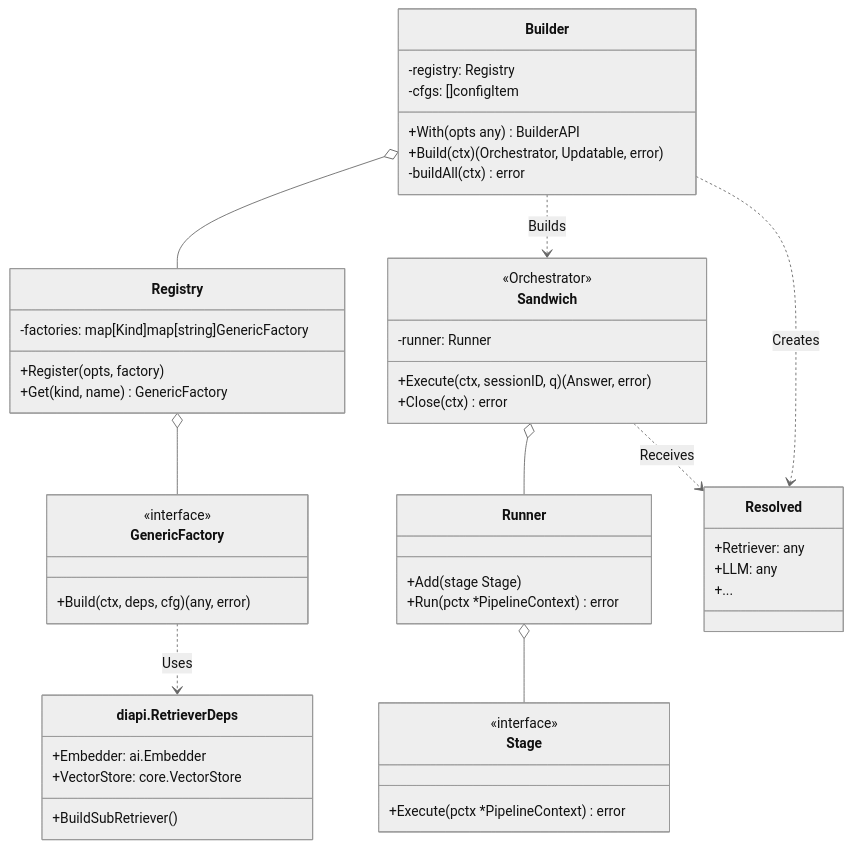
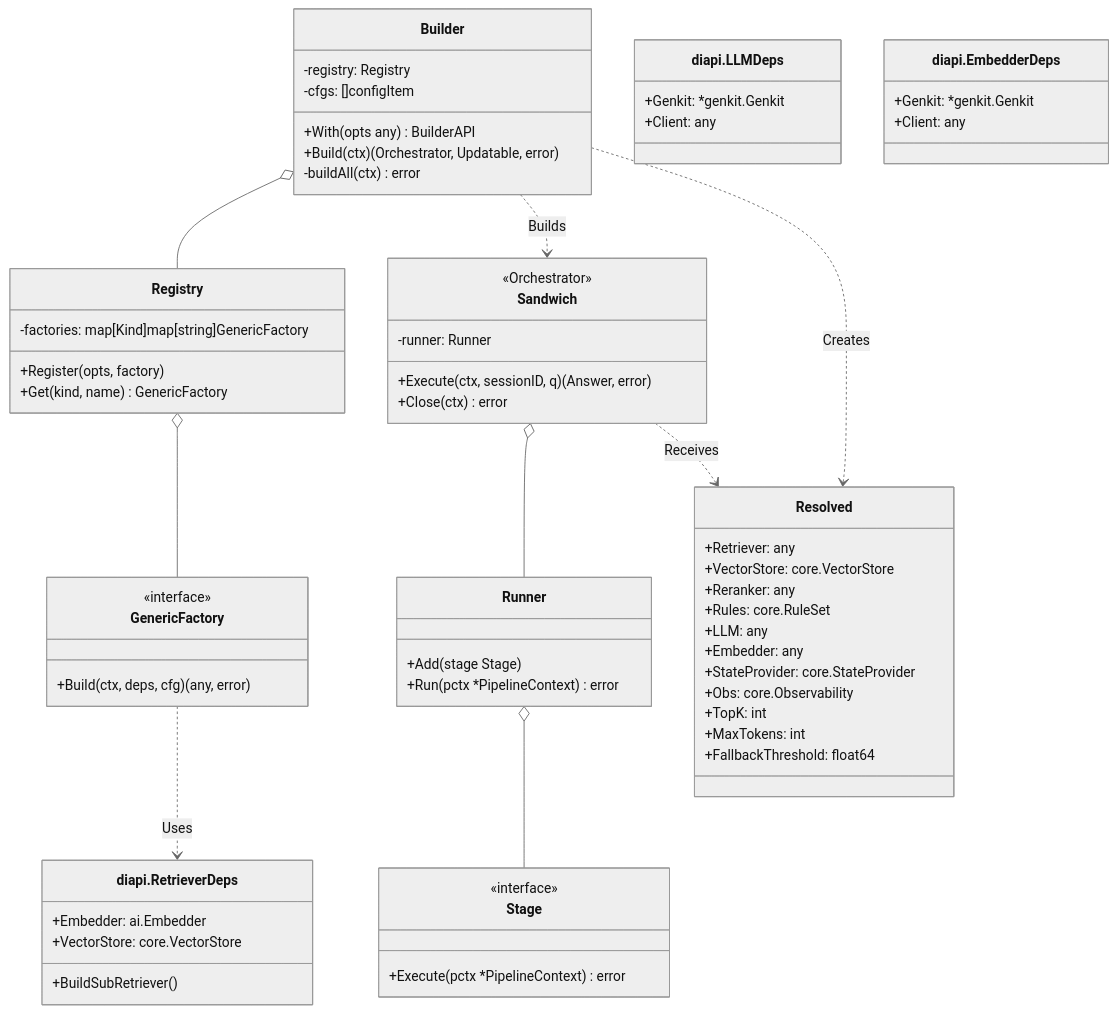
The first of 2 diagrams in docs/LLD.md (duynguyendang/manglekit), drawn with Mermaid (neutral theme) before and after one commit. The commit also changed other lines of this file, not shown here.

````diff
--- a/docs/LLD.md
+++ b/docs/LLD.md
@@ -19,52 +19,68 @@
 ```mermaid
 classDiagram
     class Builder {
         +With(opts any) BuilderAPI
         +Build(ctx) (Orchestrator, Updatable, error)
         -registry: Registry
         -cfgs: []configItem
         -buildAll(ctx) error
     }
     class Registry {
         +Register(opts, factory)
         +Get(kind, name) GenericFactory
         -factories: map[Kind]map[string]GenericFactory
     }
     class GenericFactory {
         <<interface>>
         +Build(ctx, deps, cfg) (any, error)
     }
     class Sandwich {
         <<Orchestrator>>
         +Execute(ctx, sessionID, q) (Answer, error)
         +Close(ctx) error
         -runner: Runner
     }
     class Runner {
         +Add(stage Stage)
         +Run(pctx *PipelineContext) error
     }
     class Stage {
         <<interface>>
         +Execute(pctx *PipelineContext) error
     }
     class Resolved {
         +Retriever: any
+        +VectorStore: core.VectorStore
+        +Reranker: any
+        +Rules: core.RuleSet
         +LLM: any
-        +...
+        +Embedder: any
+        +StateProvider: core.StateProvider
+        +Obs: core.Observability
+        +TopK: int
+        +MaxTokens: int
+        +FallbackThreshold: float64
     }
     class diapi.RetrieverDeps {
         +Embedder: ai.Embedder
         +VectorStore: core.VectorStore
         +BuildSubRetriever()
+    }
+    class diapi.LLMDeps {
+        +Genkit: *genkit.Genkit
+        +Client: any
+    }
+    class diapi.EmbedderDeps {
+        +Genkit: *genkit.Genkit
+        +Client: any
     }
 
     Builder o-- Registry
     Builder ..> Resolved : Creates
     Builder ..> Sandwich : Builds
     Registry o-- GenericFactory
     Sandwich o-- Runner
     Runner o-- Stage
     Sandwich ..> Resolved : Receives
     GenericFactory ..> diapi.RetrieverDeps : Uses
 ```
````
